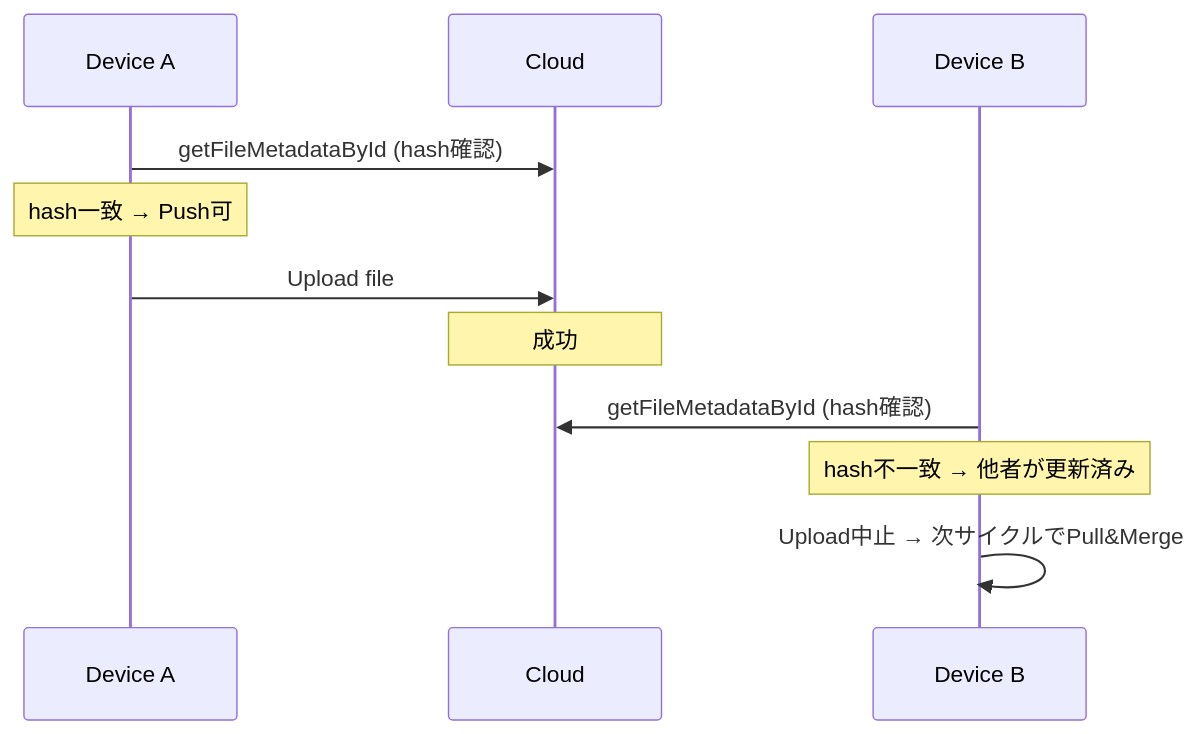
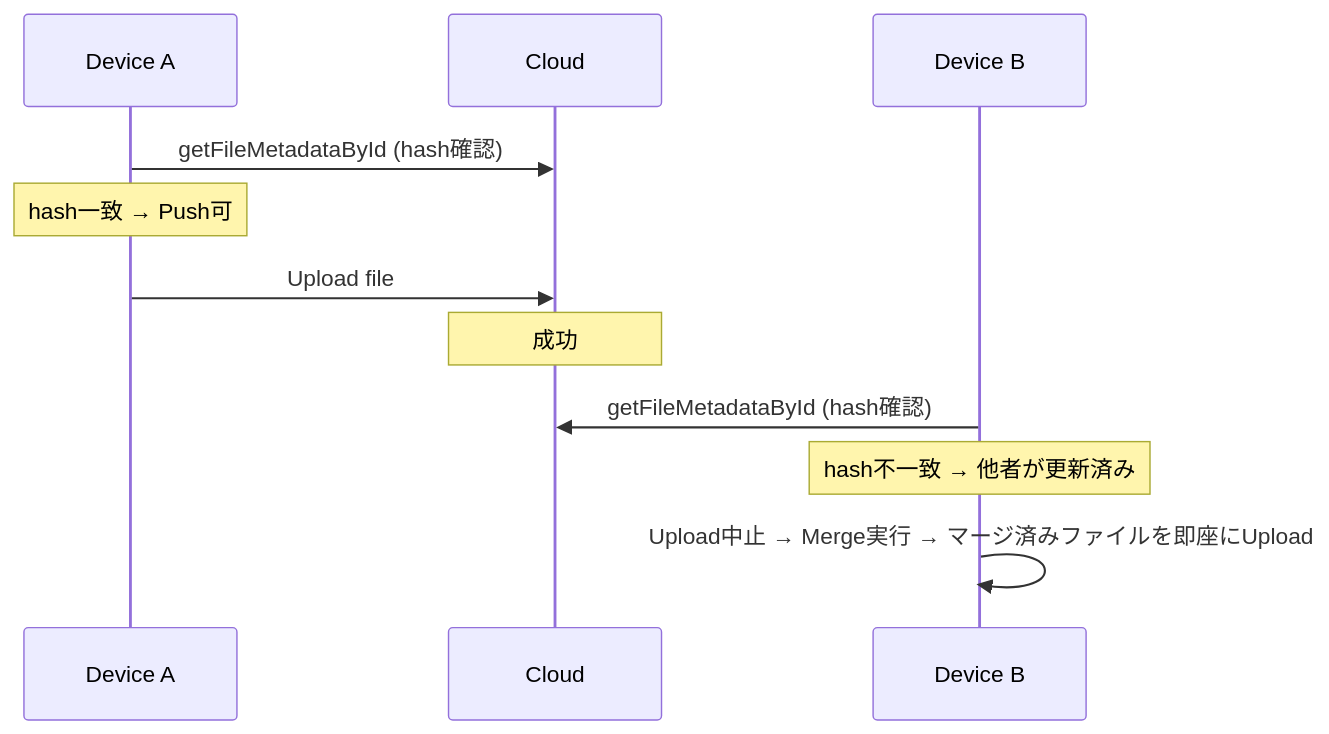
Before and after one commit to c-ardinal/obsidian-vault-sync: the first of 3 diagrams in doc/spec/conflict-resolution.md, drawn with Mermaid. The commit also changed other lines of this file and 3 other files, not shown here.

````diff
--- a/doc/spec/conflict-resolution.md
+++ b/doc/spec/conflict-resolution.md
@@ -60,15 +61,15 @@
 ```mermaid
 sequenceDiagram
     participant A as Device A
     participant Cloud
     participant B as Device B
 
     A->>Cloud: getFileMetadataById (hash確認)
     Note over A: hash一致 → Push可
     A->>Cloud: Upload file
     Note over Cloud: 成功
 
     B->>Cloud: getFileMetadataById (hash確認)
     Note over B: hash不一致 → 他者が更新済み
-    B->>B: Upload中止 → 次サイクルでPull&Merge
+    B->>B: Upload中止 → Merge実行 → マージ済みファイルを即座にUpload
 ```
````
